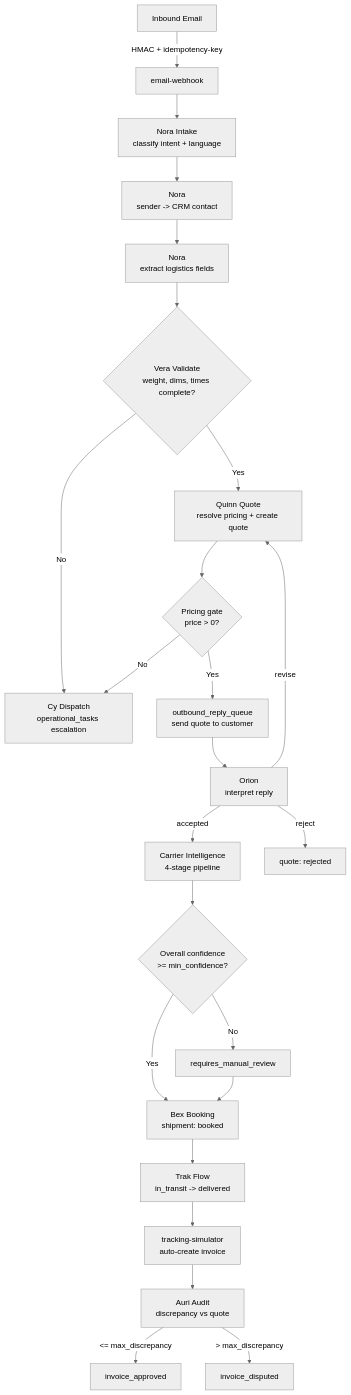
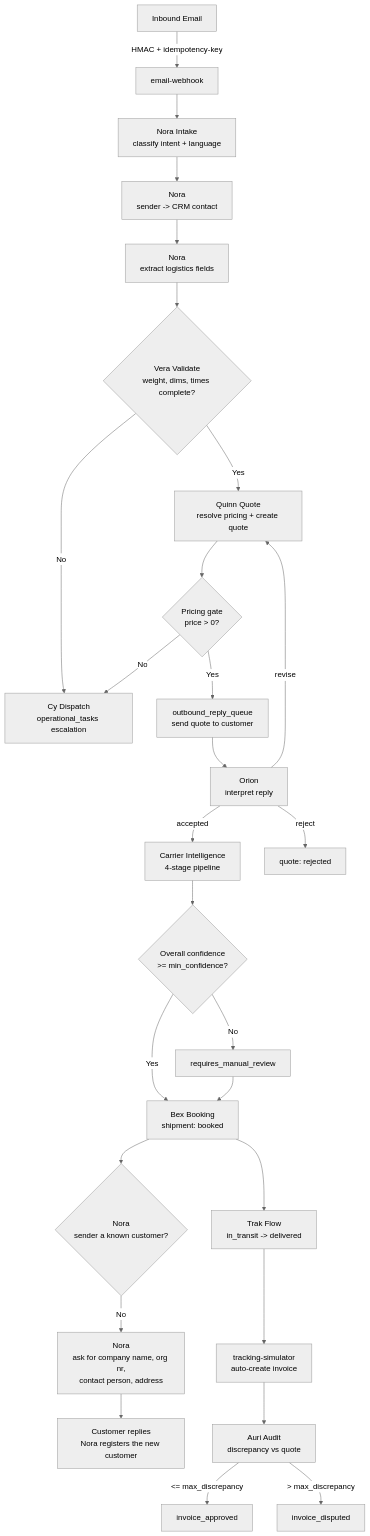
One commit to adamalgorf/Qinora_AI changed the diagram in docs/source-flowchart.mmd. Above: the diagram before and after it, drawn with Mermaid (neutral theme). The commit also changed 19 other files, not shown here.

```diff
--- a/docs/source-flowchart.mmd
+++ b/docs/source-flowchart.mmd
@@ -1,24 +1,27 @@
 flowchart TD
     A[Inbound Email] -->|HMAC + idempotency-key| B[email-webhook]
     B --> C[Nora Intake<br/>classify intent + language]
     C --> D[Nora<br/>sender -> CRM contact]
     D --> E[Nora<br/>extract logistics fields]
     E --> F{Vera Validate<br/>weight, dims, times complete?}
     F -- No --> G[Cy Dispatch<br/>operational_tasks escalation]
     F -- Yes --> H[Quinn Quote<br/>resolve pricing + create quote]
     H --> I{Pricing gate<br/>price > 0?}
     I -- No --> G
     I -- Yes --> J[outbound_reply_queue<br/>send quote to customer]
     J --> K[Orion<br/>interpret reply]
     K -- accepted --> L[Carrier Intelligence<br/>4-stage pipeline]
     K -- revise --> H
     K -- reject --> Z1[quote: rejected]
     L --> M{Overall confidence<br/>>= min_confidence?}
     M -- No --> N[requires_manual_review]
     M -- Yes --> O[Bex Booking<br/>shipment: booked]
     N --> O
     O --> P[Trak Flow<br/>in_transit -> delivered]
+    O --> U{Nora<br/>sender a known customer?}
+    U -- No --> V[Nora<br/>ask for company name, org nr,<br/>contact person, address]
+    V --> W[Customer replies<br/>Nora registers the new customer]
     P --> Q[tracking-simulator<br/>auto-create invoice]
     Q --> R[Auri Audit<br/>discrepancy vs quote]
     R -- <= max_discrepancy --> S[invoice_approved]
     R -- > max_discrepancy --> T[invoice_disputed]
```
